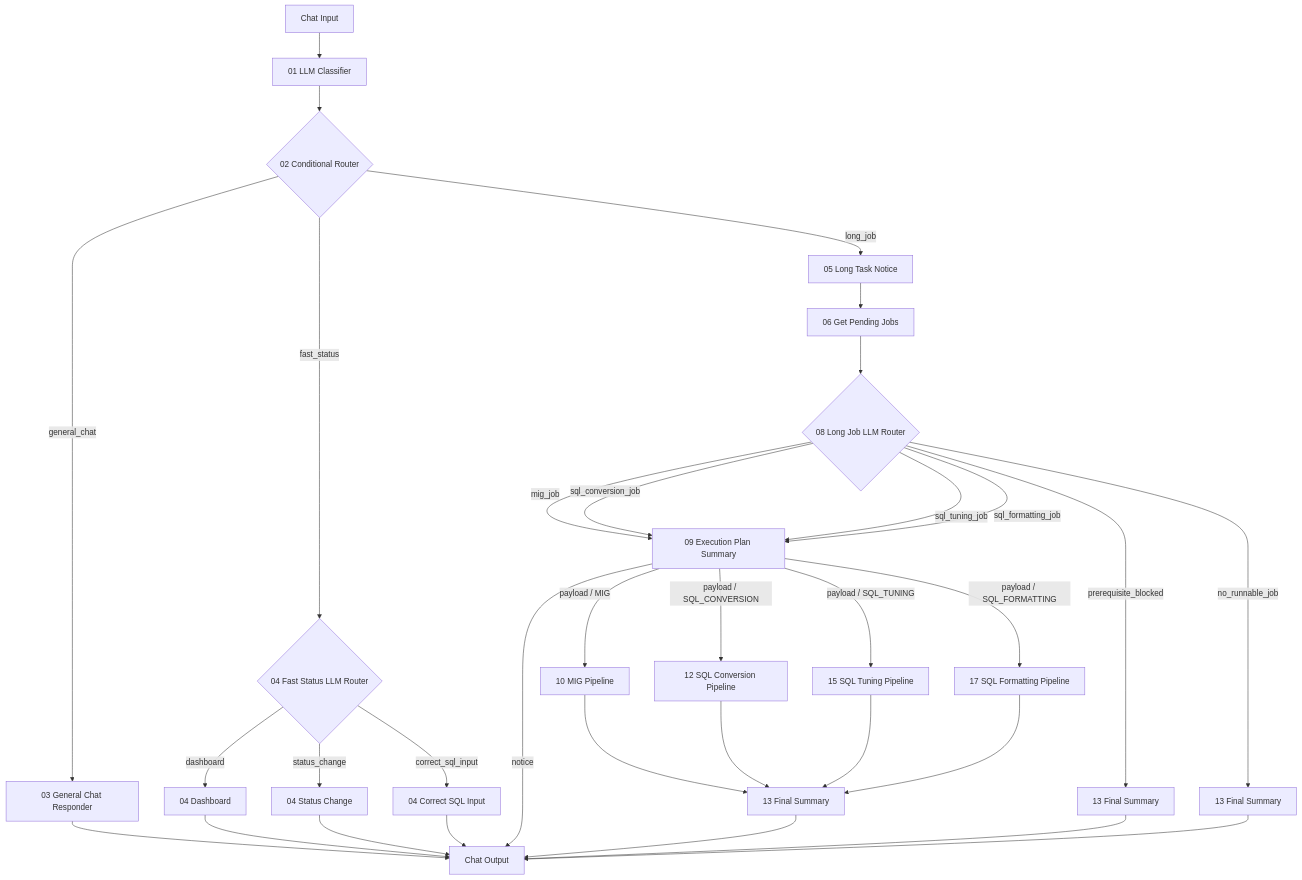
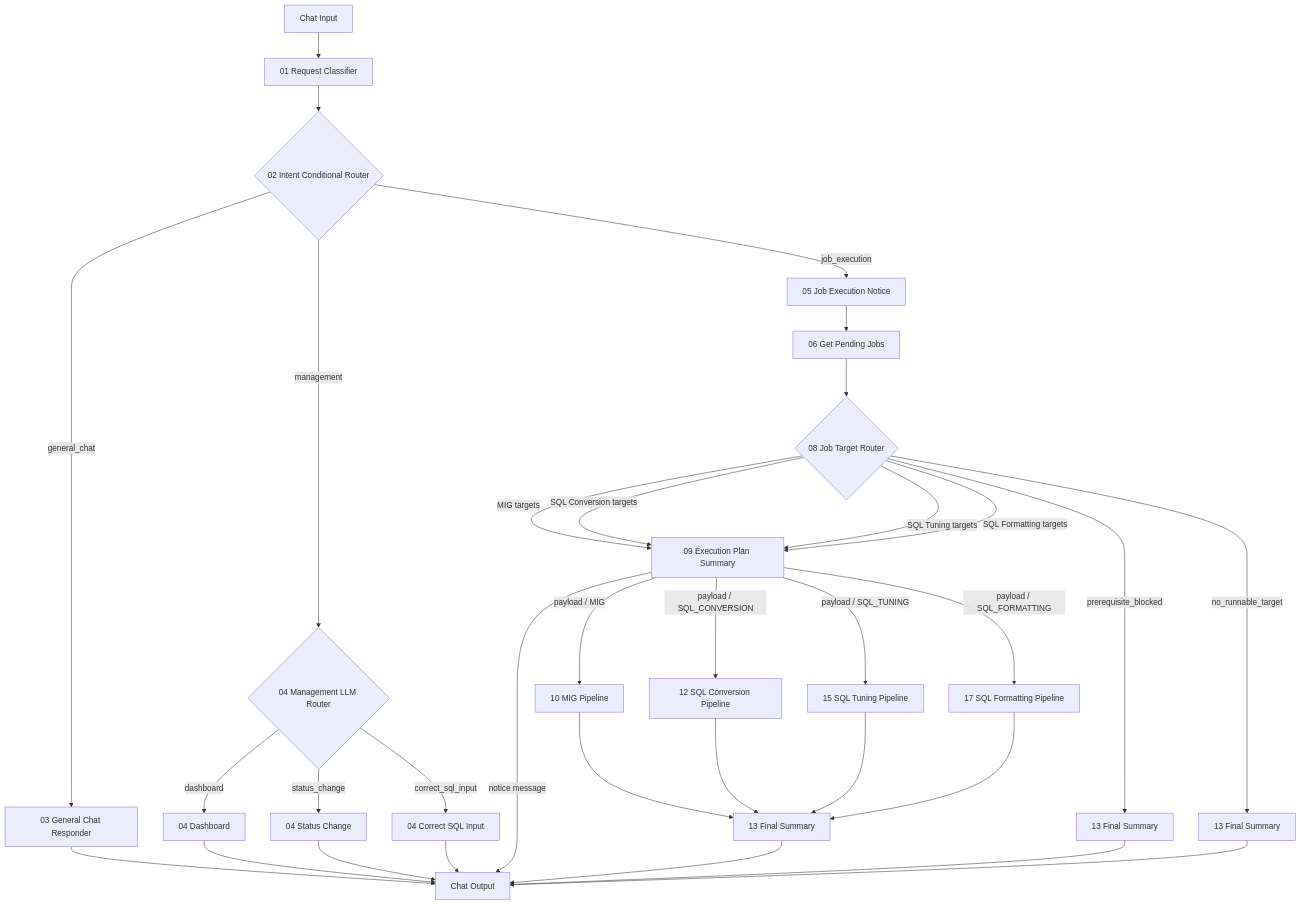
The diagram in langflow_260819_newType/01_architecture.md (seongikjin227-jpg/refactoring_smartMigrate), drawn with Mermaid before and after one commit. The commit also changed other lines of this file and 18 other files, not shown here.

````diff
--- a/langflow_260819_newType/01_architecture.md
+++ b/langflow_260819_newType/01_architecture.md
@@ -14,43 +18,43 @@
 ```mermaid
 flowchart TD
-    A["Chat Input"] --> B["01 LLM Classifier"]
-    B --> C{"02 Conditional Router"}
+    A["Chat Input"] --> B["01 Request Classifier"]
+    B --> C{"02 Intent Conditional Router"}
 
     C -->|general_chat| D["03 General Chat Responder"]
-    C -->|fast_status| E{"04 Fast Status LLM Router"}
-    C -->|long_job| F["05 Long Task Notice"]
+    C -->|management| E{"04 Management LLM Router"}
+    C -->|job_execution| F["05 Job Execution Notice"]
 
     E -->|dashboard| E1["04 Dashboard"]
     E -->|status_change| E2["04 Status Change"]
     E -->|correct_sql_input| E3["04 Correct SQL Input"]
 
     F --> G["06 Get Pending Jobs"]
-    G --> H{"08 Long Job LLM Router"}
+    G --> H{"08 Job Target Router"}
 
-    H -->|mig_job| P["09 Execution Plan Summary"]
-    H -->|sql_conversion_job| P
-    H -->|sql_tuning_job| P
-    H -->|sql_formatting_job| P
+    H -->|MIG targets| P["09 Execution Plan Summary"]
+    H -->|SQL Conversion targets| P
+    H -->|SQL Tuning targets| P
+    H -->|SQL Formatting targets| P
 
-    P -->|notice| OUT["Chat Output"]
+    P -->|notice message| OUT["Chat Output"]
     P -->|payload / MIG| M["10 MIG Pipeline"]
     P -->|payload / SQL_CONVERSION| C2["12 SQL Conversion Pipeline"]
     P -->|payload / SQL_TUNING| T2["15 SQL Tuning Pipeline"]
     P -->|payload / SQL_FORMATTING| F2["17 SQL Formatting Pipeline"]
 
     H -->|prerequisite_blocked| S1["13 Final Summary"]
-    H -->|no_runnable_job| S2["13 Final Summary"]
+    H -->|no_runnable_target| S2["13 Final Summary"]
 
     M --> S3["13 Final Summary"]
     C2 --> S3
     T2 --> S3
     F2 --> S3
 
     D --> OUT
     E1 --> OUT
     E2 --> OUT
     E3 --> OUT
     S1 --> OUT
     S2 --> OUT
     S3 --> OUT
 ```
````
